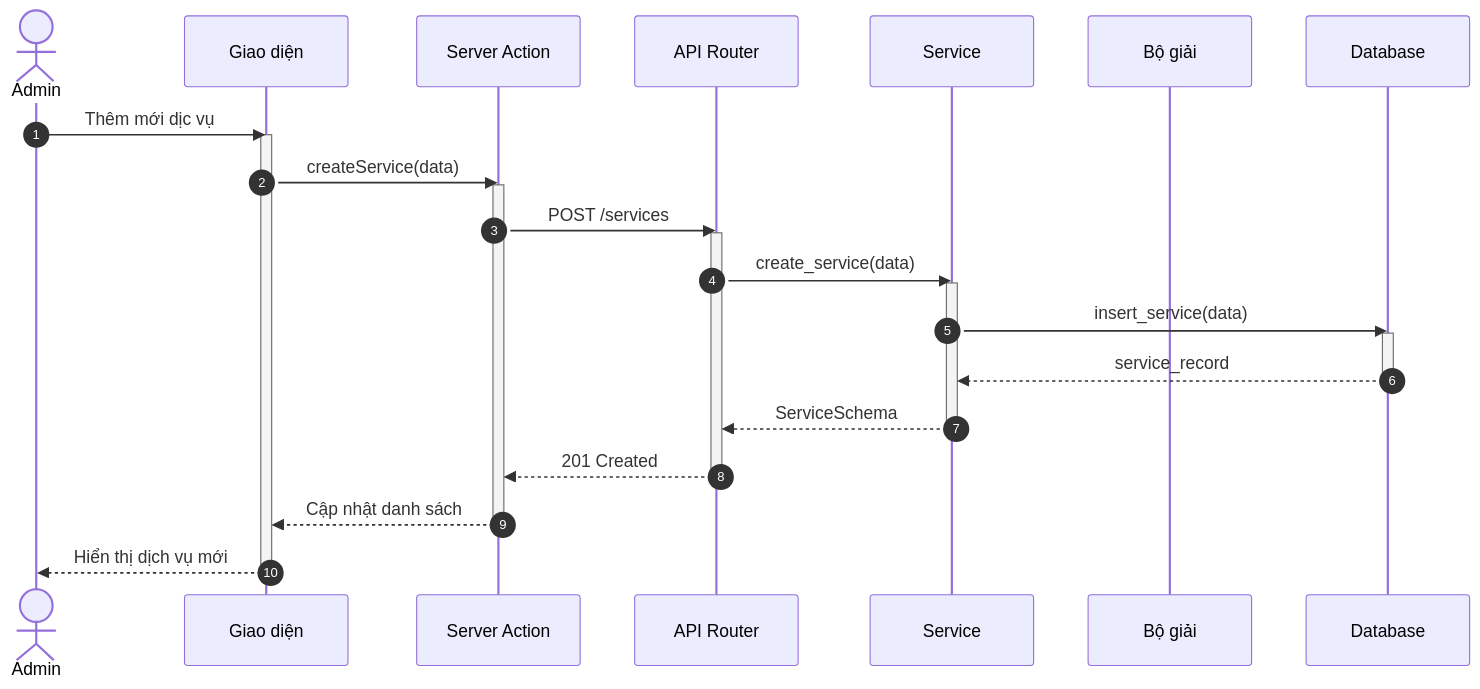
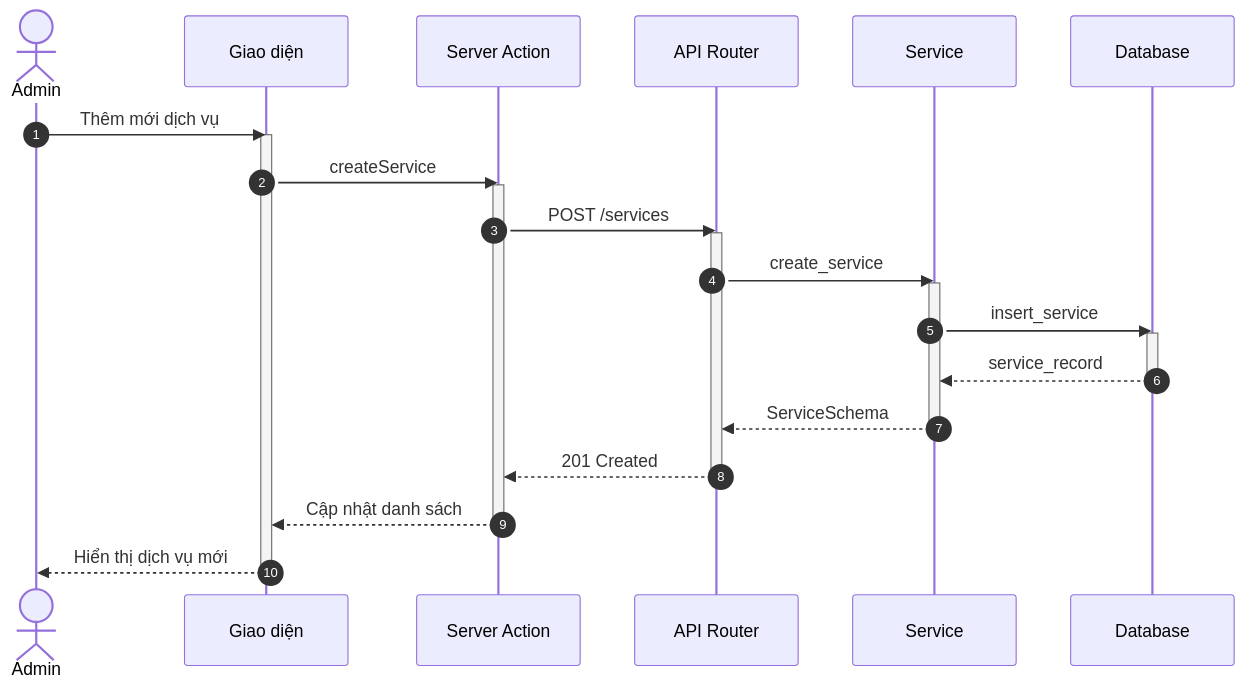
Before and after one commit to ngoctinn/Synapse: the first of 4 diagrams in docs/design/sequences/admin_flows.md, drawn with Mermaid. The commit also changed other lines of this file and 1 other file, not shown here.

Commit message:
feat: Add sequence diagrams for admin and customer flows.

````diff
--- a/docs/design/sequences/admin_flows.md
+++ b/docs/design/sequences/admin_flows.md
@@ -28,39 +28,38 @@
 ```mermaid
 sequenceDiagram
     autonumber
     actor AD as Admin
     participant UI as Giao diện
     participant BFF as Server Action
     participant API as API Router
     participant S as Service
-    participant SOLVER as Bộ giải
     participant DB as Database
 
-    AD->>UI: Thêm mới dịc vụ
+    AD->>UI: Thêm mới dịch vụ
     activate UI
-    UI->>BFF: createService(data)
+    UI->>BFF: createService
     activate BFF
 
     BFF->>API: POST /services
     activate API
 
-    API->>S: create_service(data)
+    API->>S: create_service
     activate S
 
-    S->>DB: insert_service(data)
+    S->>DB: insert_service
     activate DB
     DB-->>S: service_record
     deactivate DB
 
     S-->>API: ServiceSchema
     deactivate S
 
     API-->>BFF: 201 Created
     deactivate API
 
     BFF-->>UI: Cập nhật danh sách
     deactivate BFF
 
     UI-->>AD: Hiển thị dịch vụ mới
     deactivate UI
 ```
````
